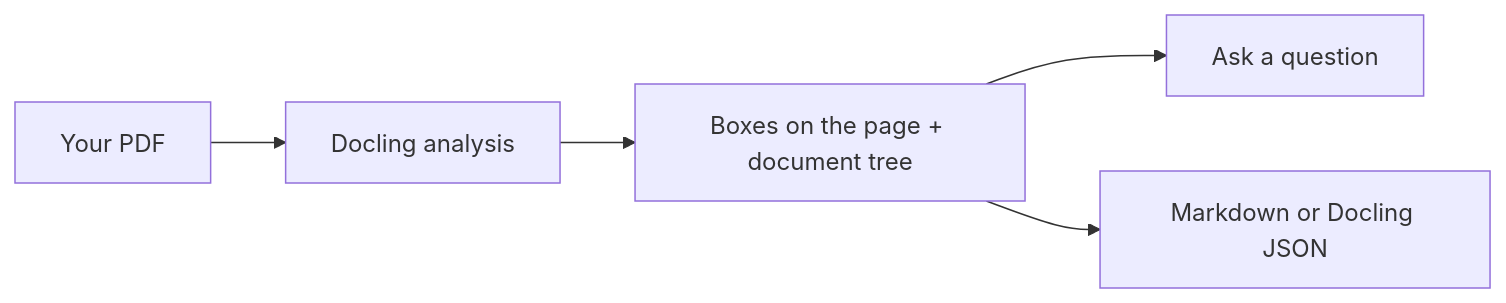
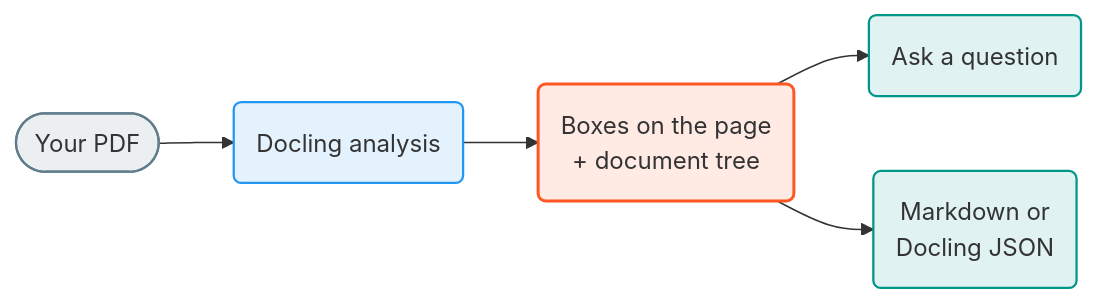
One commit to scub-france/SmolDocling-visualizer changed the diagram in docs/index.md. Above: the diagram before and after it, drawn with Mermaid. The commit also changed 10 other files, not shown here.

First line of the commit message:
docs: restyle the Mermaid diagrams (#340)

````diff
--- a/docs/index.md
+++ b/docs/index.md
@@ -5,7 +5,16 @@
 ```mermaid
 flowchart LR
-    PDF[Your PDF] --> Docling[Docling analysis]
-    Docling --> View[Boxes on the page + document tree]
-    View --> Ask[Ask a question]
-    View --> Export[Markdown or Docling JSON]
+    PDF(["Your PDF"]) --> Docling("Docling analysis")
+    Docling --> View("Boxes on the page<br/>+ document tree")
+    View --> Ask("Ask a question")
+    View --> Export("Markdown or<br/>Docling JSON")
+
+    classDef grey fill:#607D8B1F,stroke:#607D8B,stroke-width:1.5px
+    classDef blue fill:#2196F31F,stroke:#2196F3,stroke-width:1.5px
+    classDef orange fill:#FF57221F,stroke:#FF5722,stroke-width:2px
+    classDef teal fill:#0096881F,stroke:#009688,stroke-width:1.5px
+    class PDF grey
+    class Docling blue
+    class View orange
+    class Ask,Export teal
 ```
````
